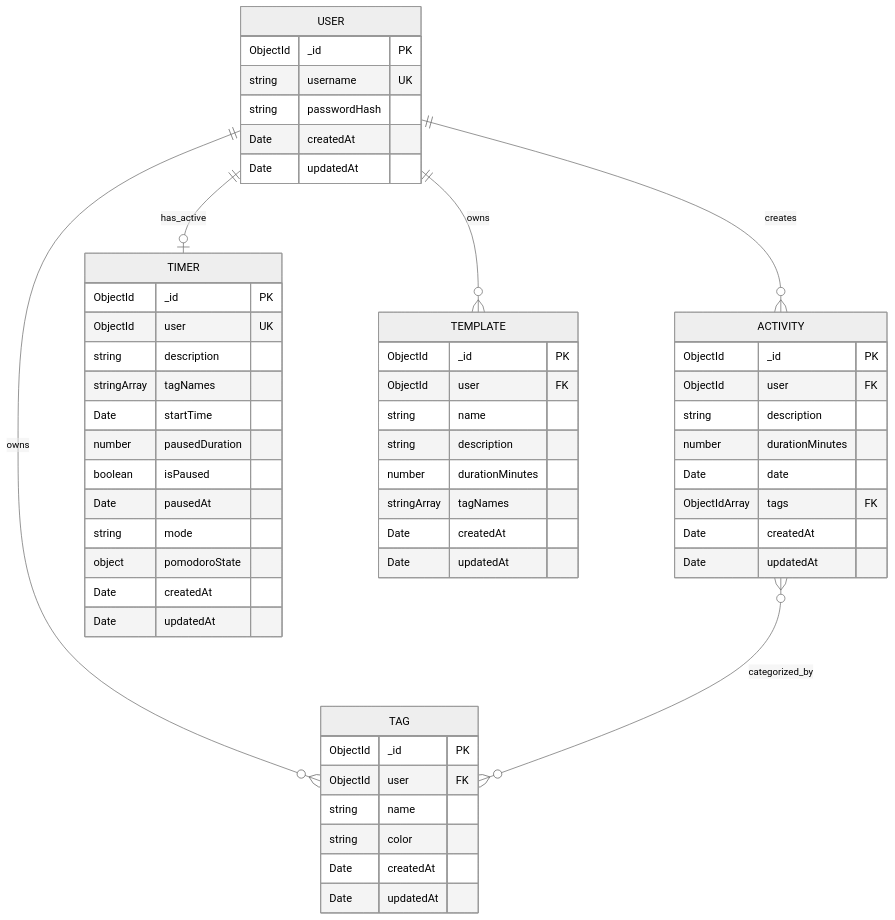
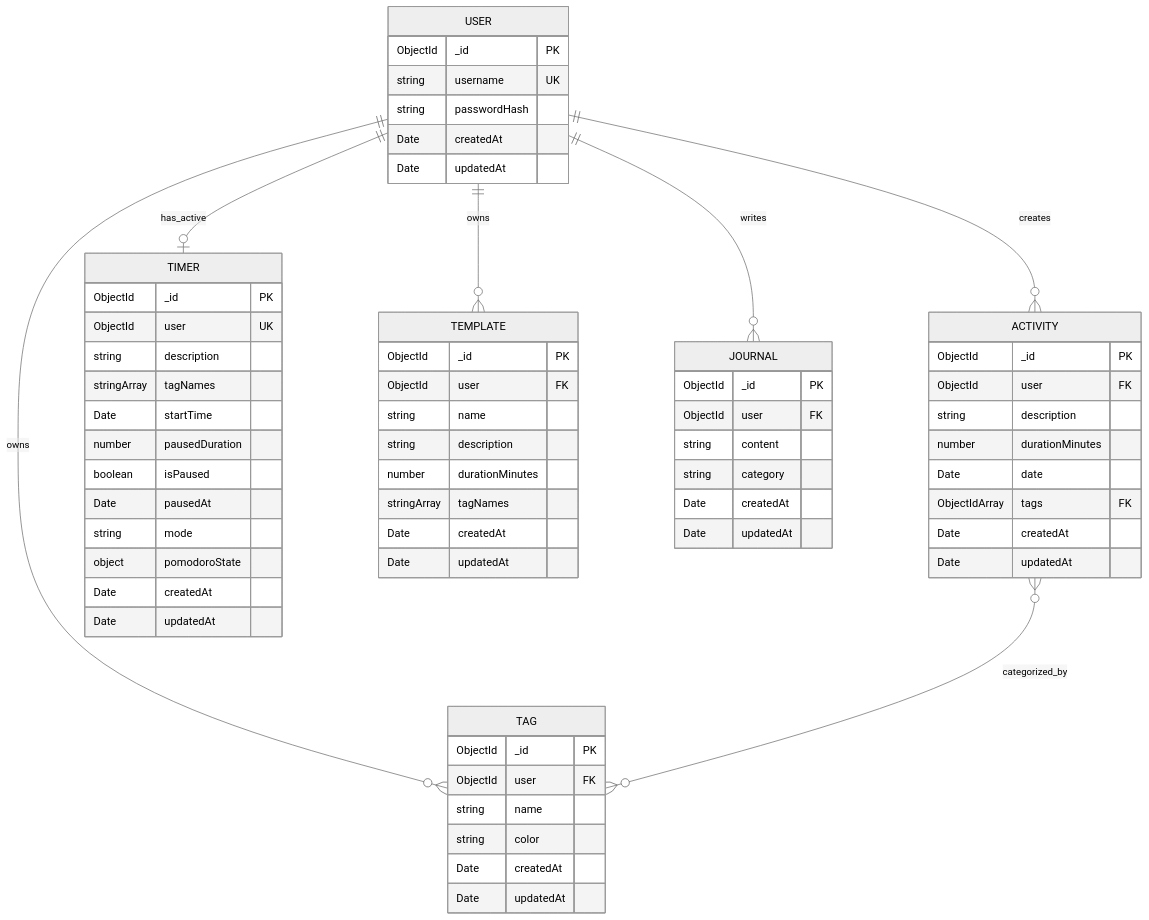
One commit to yash0530/daytime changed the diagram in docs/data-models.md. Above: the diagram before and after it, drawn with Mermaid (neutral theme). The commit also changed other lines of this file and 16 other files, not shown here.

````diff
--- a/docs/data-models.md
+++ b/docs/data-models.md
@@ -9,62 +9,72 @@
 ```mermaid
 erDiagram
     USER ||--o{ ACTIVITY : creates
     USER ||--o{ TAG : owns
     USER ||--o| TIMER : has_active
     USER ||--o{ TEMPLATE : owns
+    USER ||--o{ JOURNAL : writes
     ACTIVITY }o--o{ TAG : categorized_by
 
     USER {
         ObjectId _id PK
         string username UK
         string passwordHash
         Date createdAt
         Date updatedAt
     }
 
     TAG {
         ObjectId _id PK
         ObjectId user FK
         string name
         string color
         Date createdAt
         Date updatedAt
     }
 
     ACTIVITY {
         ObjectId _id PK
         ObjectId user FK
         string description
         number durationMinutes
         Date date
         ObjectIdArray tags FK
         Date createdAt
         Date updatedAt
     }
 
     TIMER {
         ObjectId _id PK
         ObjectId user UK
         string description
         stringArray tagNames
         Date startTime
         number pausedDuration
         boolean isPaused
         Date pausedAt
         string mode
         object pomodoroState
         Date createdAt
         Date updatedAt
     }
 
     TEMPLATE {
         ObjectId _id PK
         ObjectId user FK
         string name
         string description
         number durationMinutes
         stringArray tagNames
         Date createdAt
         Date updatedAt
     }
+
+    JOURNAL {
+        ObjectId _id PK
+        ObjectId user FK
+        string content
+        string category
+        Date createdAt
+        Date updatedAt
+    }
 ```
````
